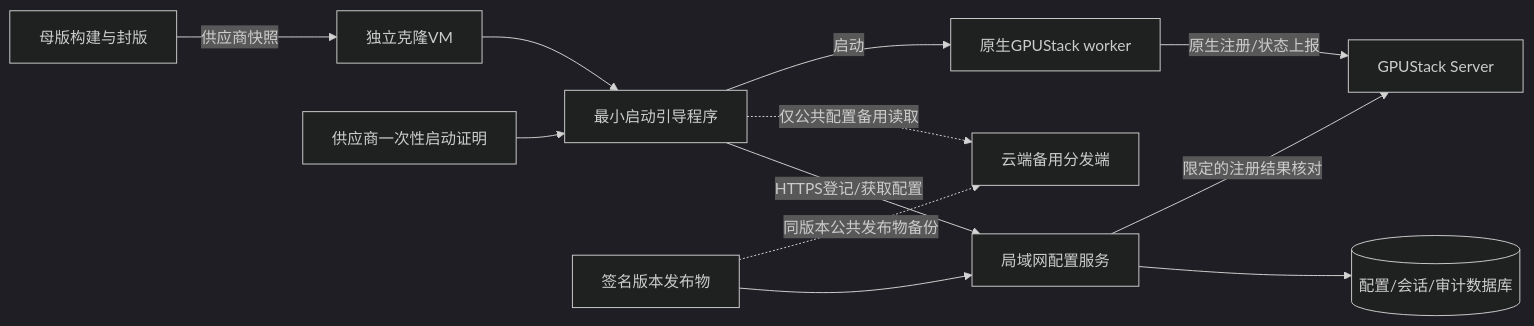
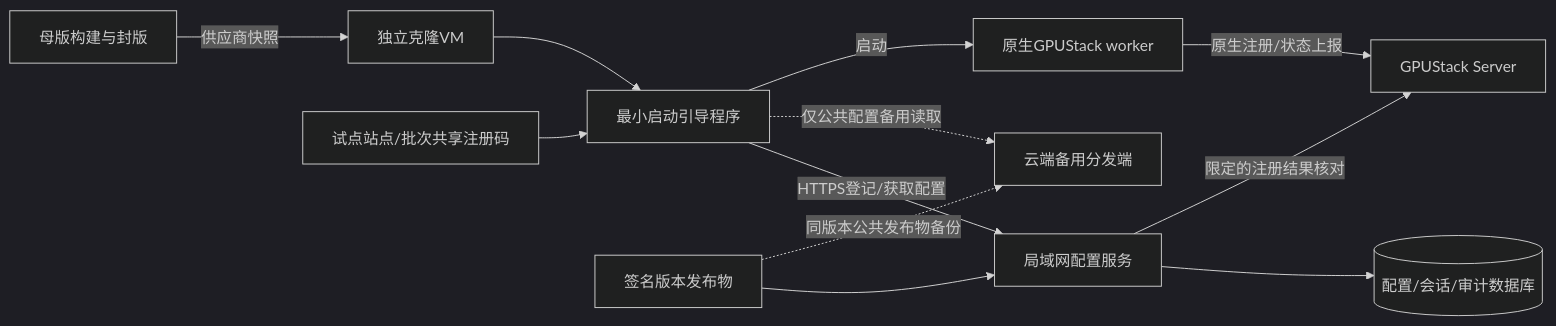
The diagram in docs/framework/E5-DESIGN.md (WTaoGitHub/cybercafe-maas), drawn with Mermaid (dark theme) before and after one commit. The commit also changed other lines of this file and 5 other files, not shown here.

````diff
--- a/docs/framework/E5-DESIGN.md
+++ b/docs/framework/E5-DESIGN.md
@@ -29,14 +29,14 @@
 ```mermaid
 flowchart LR
   T[母版构建与封版] -->|供应商快照| V[独立克隆VM]
-  P[供应商一次性启动证明] --> B[最小启动引导程序]
+  P[试点站点/批次共享注册码] --> B[最小启动引导程序]
   V --> B
   B -->|HTTPS登记/获取配置| C[局域网配置服务]
   C --> D[(配置/会话/审计数据库)]
   R[签名版本发布物] --> C
   R -.同版本公共发布物备份.-> F[云端备用分发端]
   B -.仅公共配置备用读取.-> F
   B -->|启动| W[原生GPUStack worker]
   W -->|原生注册/状态上报| G[GPUStack Server]
   C -->|限定的注册结果核对| G
 ```
````
